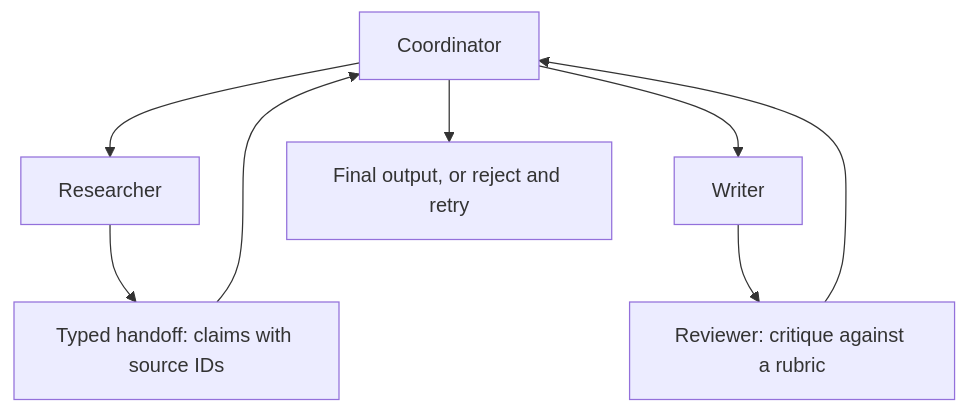
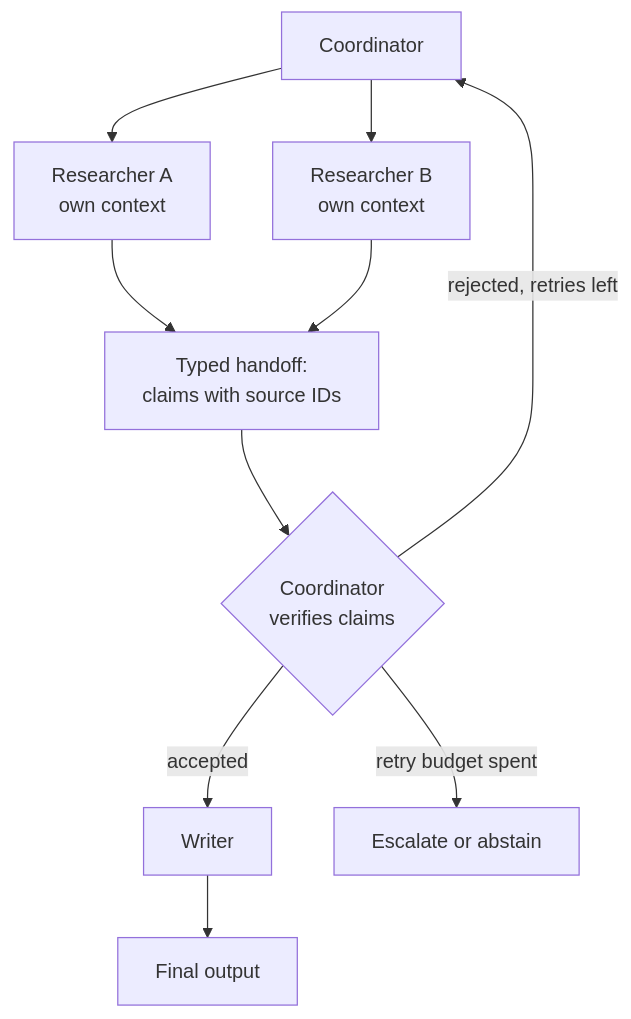
One commit to tilt/data-science-wiki changed the diagram in content/11-generative-ai/multi-agent-systems.md. Above: the diagram before and after it, drawn with Mermaid. The commit also changed other lines of this file and 17 other files, not shown here.

````diff
--- a/content/11-generative-ai/multi-agent-systems.md
+++ b/content/11-generative-ai/multi-agent-systems.md
@@ -38,10 +42,12 @@
 ```mermaid
 flowchart TD
-  Coordinator[Coordinator] --> Researcher[Researcher]
-  Researcher --> Handoff[Typed handoff: claims with source IDs]
-  Handoff --> Coordinator
-  Coordinator --> Writer[Writer]
-  Writer --> Reviewer[Reviewer: critique against a rubric]
-  Reviewer --> Coordinator
-  Coordinator --> Output[Final output, or reject and retry]
+  Coordinator[Coordinator] --> R1["Researcher A<br/>own context"]
+  Coordinator --> R2["Researcher B<br/>own context"]
+  R1 --> Handoff["Typed handoff:<br/>claims with source IDs"]
+  R2 --> Handoff
+  Handoff --> Verify{"Coordinator<br/>verifies claims"}
+  Verify -->|accepted| Writer[Writer]
+  Verify -->|"rejected, retries left"| Coordinator
+  Verify -->|"retry budget spent"| Escalate[Escalate or abstain]
+  Writer --> Output[Final output]
 ```
````
